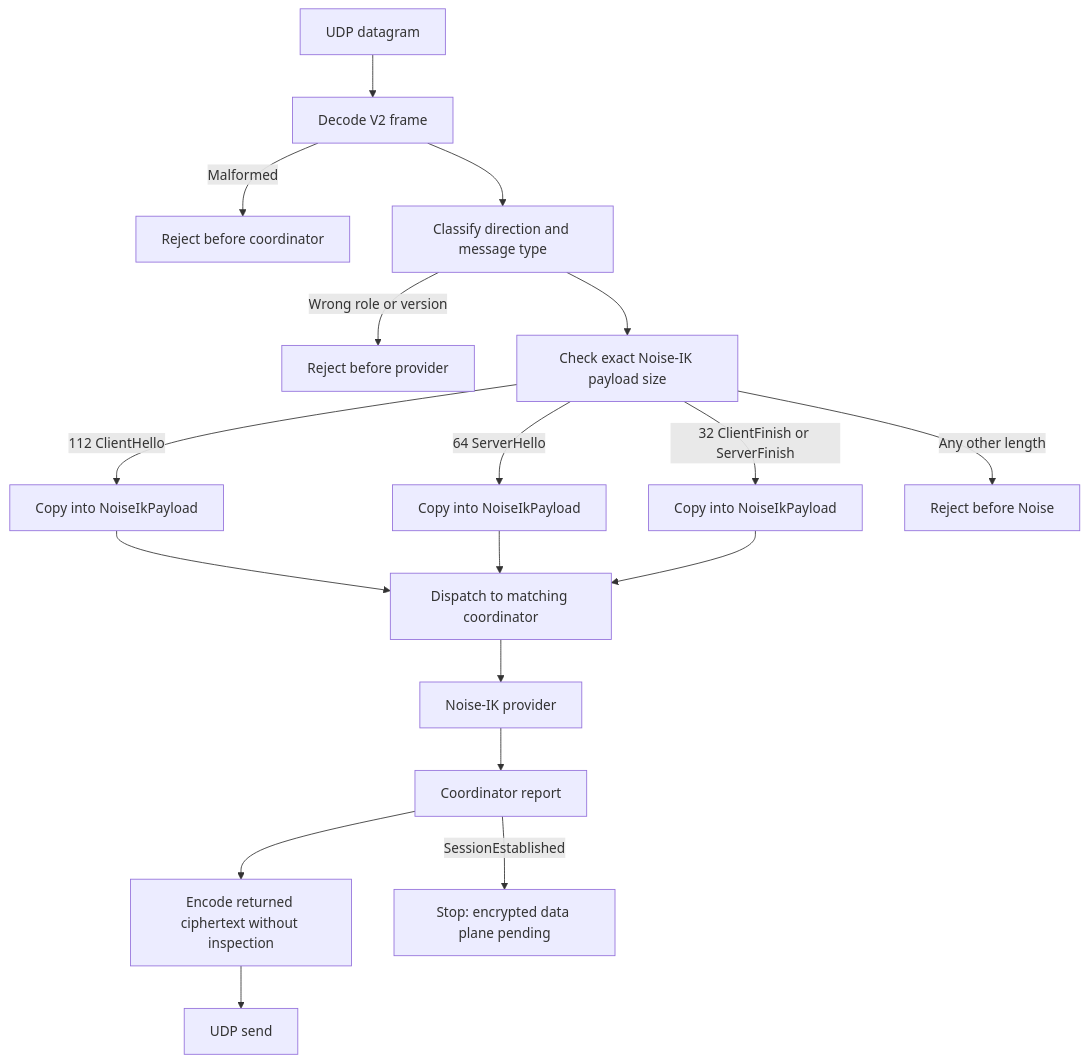
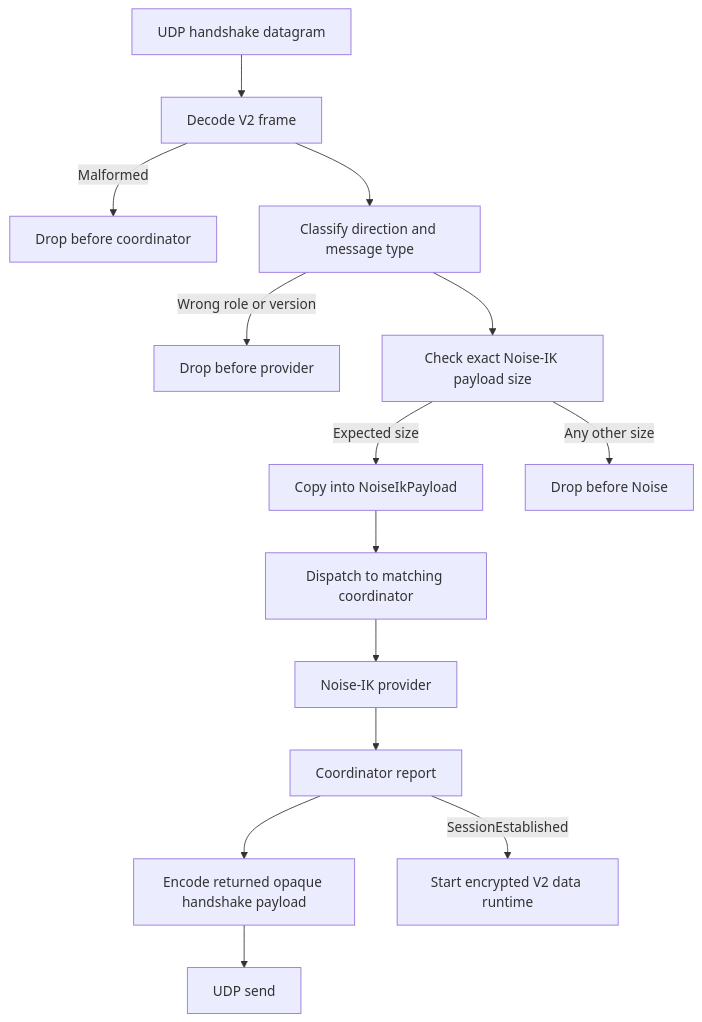
One commit to thiennguyen56/crabnet changed the eighth of 10 diagrams in docs/diagrams.md. Above: the diagram before and after it, drawn with Mermaid. The commit also changed other lines of this file and 23 other files, not shown here.

Commit message:
add implementation for data plane v2

````diff
--- a/docs/diagrams.md
+++ b/docs/diagrams.md
@@ -271,20 +264,16 @@
 ```mermaid
 flowchart TD
-    Datagram[UDP datagram] --> Decode[Decode V2 frame]
-    Decode -->|Malformed| RejectDecode[Reject before coordinator]
+    Datagram[UDP handshake datagram] --> Decode[Decode V2 frame]
+    Decode -->|Malformed| RejectDecode[Drop before coordinator]
     Decode --> Direction[Classify direction and message type]
-    Direction -->|Wrong role or version| RejectDirection[Reject before provider]
+    Direction -->|Wrong role or version| RejectDirection[Drop before provider]
     Direction --> Size[Check exact Noise-IK payload size]
-    Size -->|112 ClientHello| CopyHello[Copy into NoiseIkPayload]
-    Size -->|64 ServerHello| CopyServerHello[Copy into NoiseIkPayload]
-    Size -->|32 ClientFinish or ServerFinish| CopyFinish[Copy into NoiseIkPayload]
-    Size -->|Any other length| RejectSize[Reject before Noise]
-    CopyHello --> Dispatch[Dispatch to matching coordinator]
-    CopyServerHello --> Dispatch
-    CopyFinish --> Dispatch
+    Size -->|Expected size| Copy[Copy into NoiseIkPayload]
+    Size -->|Any other size| RejectSize[Drop before Noise]
+    Copy --> Dispatch[Dispatch to matching coordinator]
     Dispatch --> Provider[Noise-IK provider]
     Provider --> Report[Coordinator report]
-    Report --> Encode[Encode returned ciphertext without inspection]
+    Report --> Encode[Encode returned opaque handshake payload]
     Encode --> Send[UDP send]
-    Report -->|SessionEstablished| Stop[Stop: encrypted data plane pending]
+    Report -->|SessionEstablished| Data[Start encrypted V2 data runtime]
 ```
````
